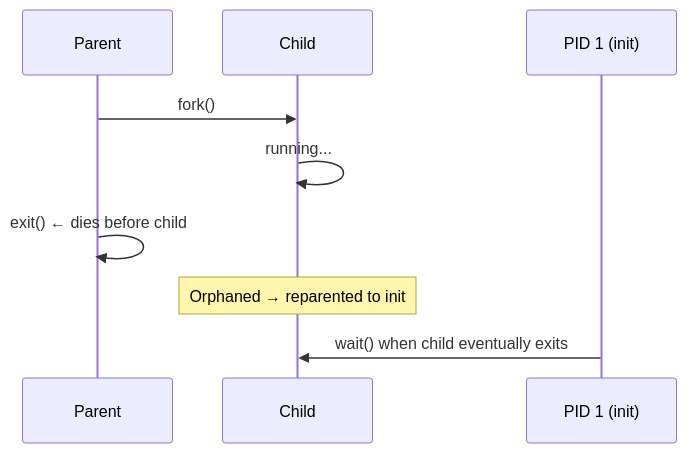
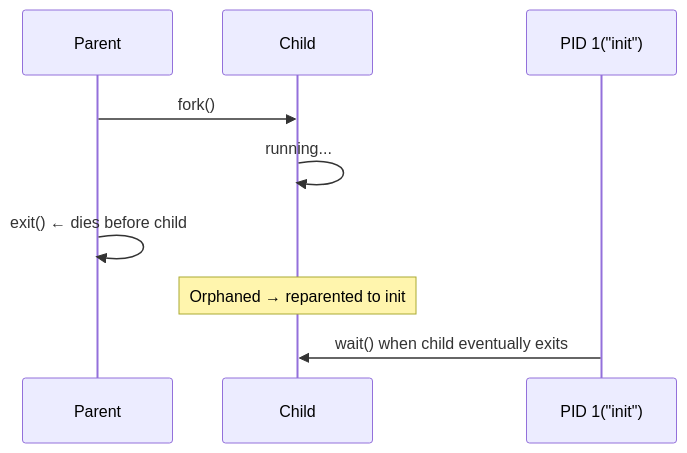
Before and after one commit to pploc/swe-icon-the-moment: the diagram in content/questions/fundamentals/zombie-orphan-process.md, drawn with Mermaid. The commit also changed 138 other files, not shown here.

````diff
--- a/content/questions/fundamentals/zombie-orphan-process.md
+++ b/content/questions/fundamentals/zombie-orphan-process.md
@@ -34,11 +34,12 @@
 ```mermaid
 sequenceDiagram
     participant Parent
     participant Child
-    participant Init as PID 1 (init)
+    participant Init as PID 1("init")
     Parent->>Child: fork()
     Child->>Child: running...
     Parent->>Parent: exit()  ← dies before child
     Note over Child: Orphaned → reparented to init
     Init->>Child: wait() when child eventually exits
+
 ```
````
